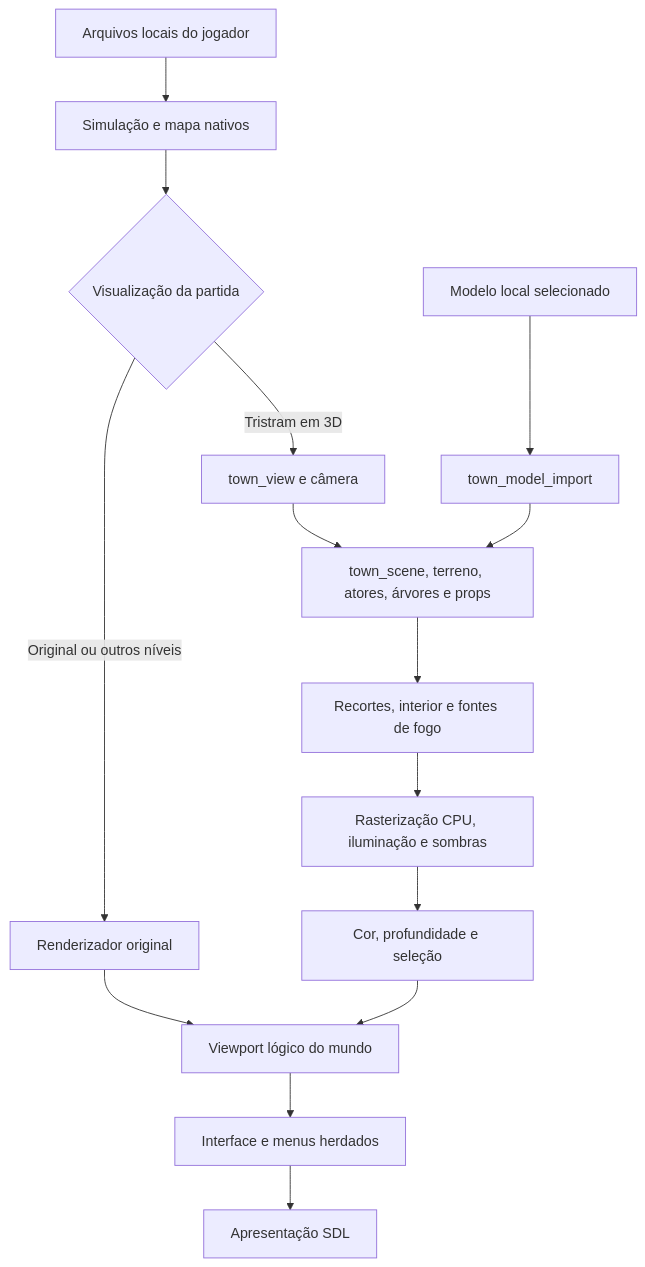
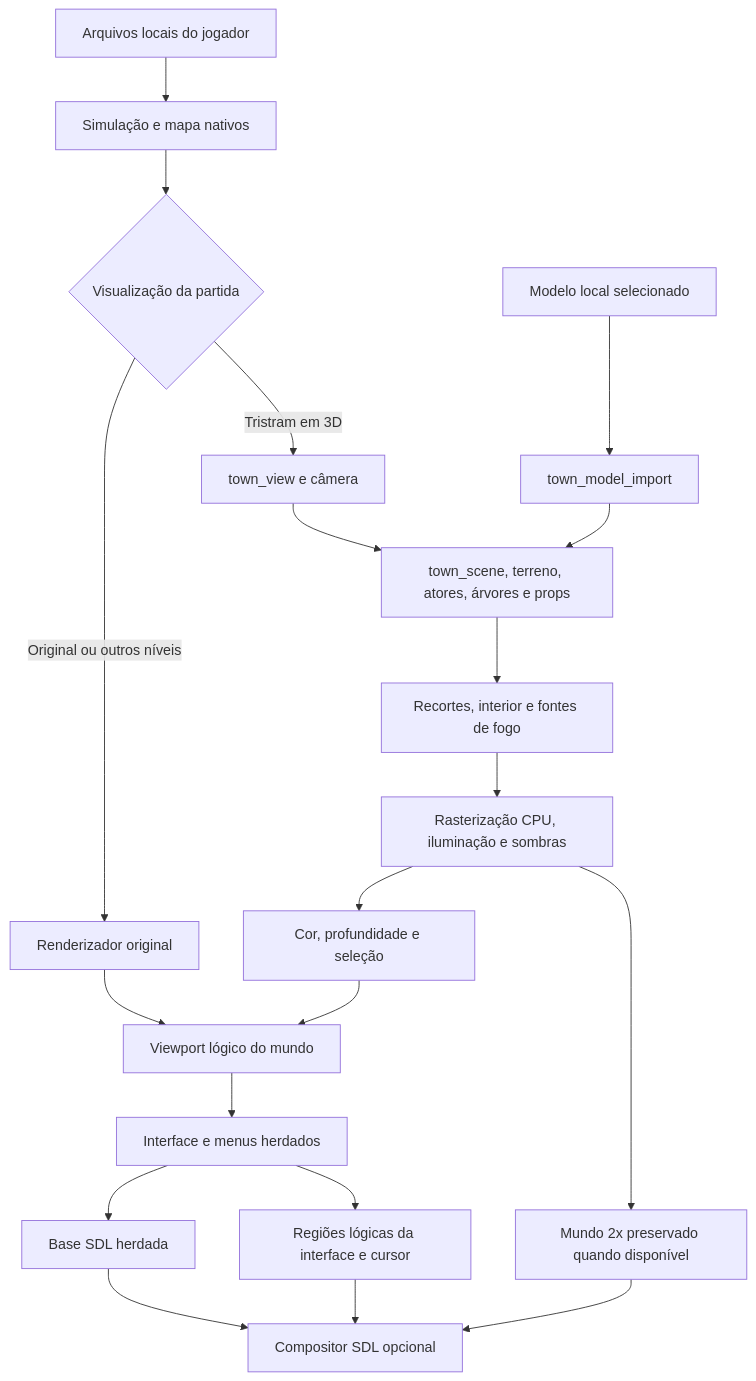
Before and after one commit to douglasopan/diablo-3d: the first of 4 diagrams in docs/PROJECT-EXECUTION.md, drawn with Mermaid. The commit also changed other lines of this file and 24 other files, not shown here.

````diff
--- a/docs/PROJECT-EXECUTION.md
+++ b/docs/PROJECT-EXECUTION.md
@@ -39,17 +42,22 @@
 ```mermaid
 flowchart TD
     Data[Arquivos locais do jogador] --> Native[Simulação e mapa nativos]
     Native --> Choice{Visualização da partida}
     Choice -->|Original ou outros níveis| Original[Renderizador original]
     Choice -->|Tristram em 3D| View[town_view e câmera]
     View --> Scene[town_scene, terreno, atores, árvores e props]
     Local[Modelo local selecionado] --> Import[town_model_import]
     Import --> Scene
     Scene --> Openings[Recortes, interior e fontes de fogo]
     Openings --> Raster[Rasterização CPU, iluminação e sombras]
     Raster --> Resolve[Cor, profundidade e seleção]
+    Raster --> HighRes[Mundo 2x preservado quando disponível]
     Resolve --> World[Viewport lógico do mundo]
     Original --> World
     World --> UI[Interface e menus herdados]
-    UI --> SDL[Apresentação SDL]
+    UI --> SDL[Base SDL herdada]
+    UI --> Regions[Regiões lógicas da interface e cursor]
+    HighRes --> Layers[Compositor SDL opcional]
+    Regions --> Layers
+    SDL --> Layers
 ```
````
